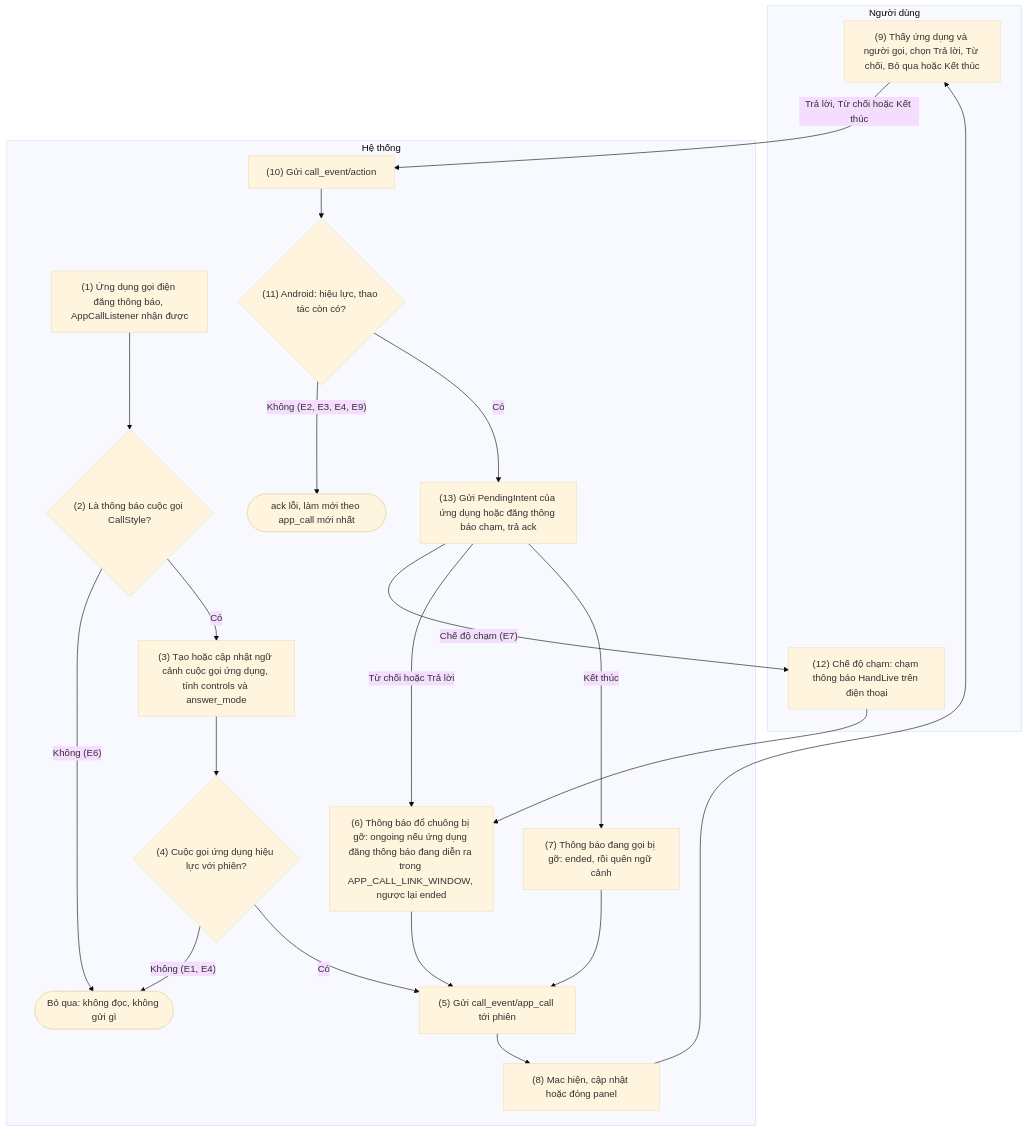
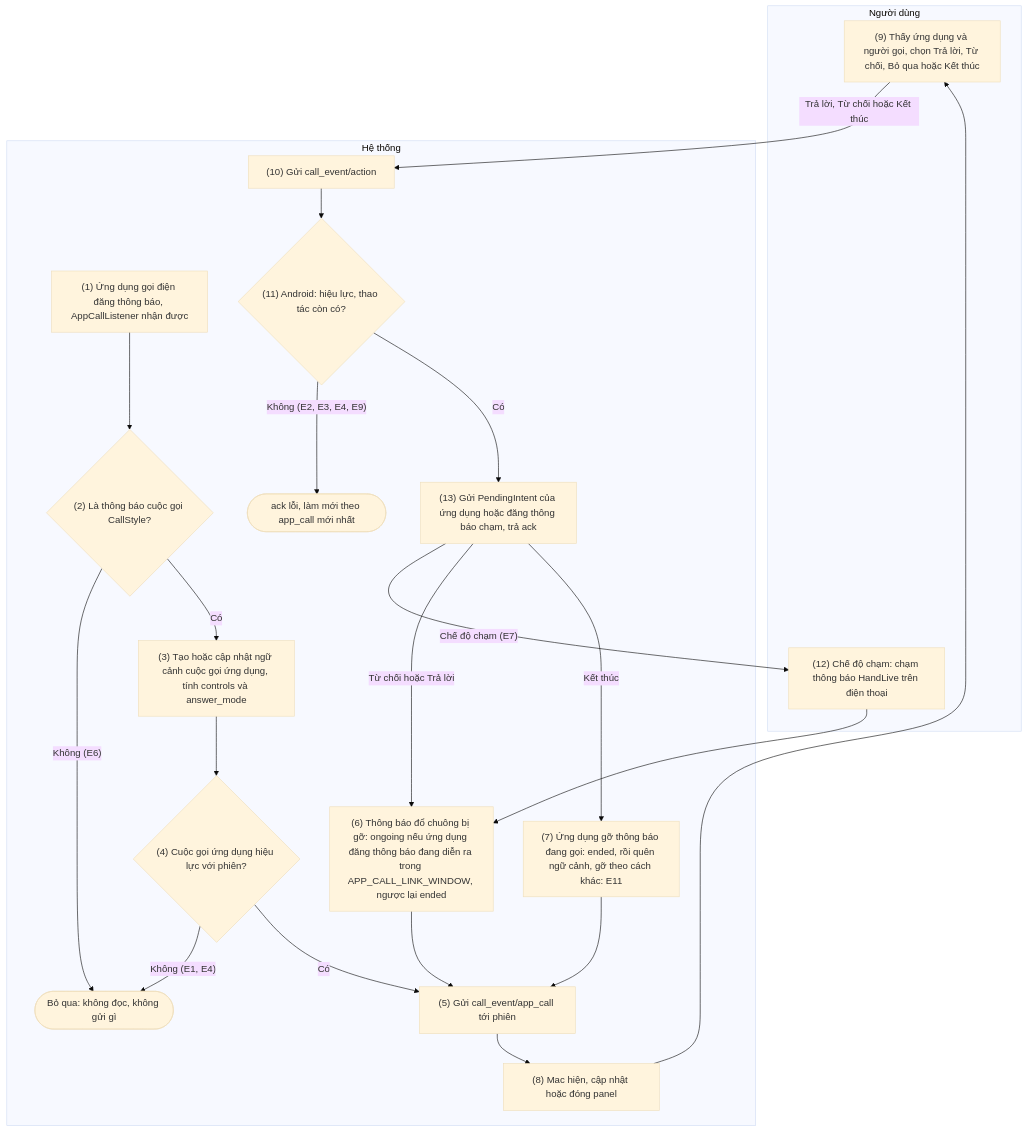
Before and after one commit to HandLive/handlive: the fifth of 5 diagrams in docs/detailed-design/06-call-control.vi.md, drawn with Mermaid (base theme). The commit also changed other lines of this file and 1 other file, not shown here.

````diff
--- a/docs/detailed-design/06-call-control.vi.md
+++ b/docs/detailed-design/06-call-control.vi.md
@@ -1473,33 +1473,33 @@
 ```mermaid
 flowchart TB
   subgraph ND["Người dùng"]
     U9["(9) Thấy ứng dụng và người gọi, chọn Trả lời, Từ chối, Bỏ qua hoặc Kết thúc"]
     U12["(12) Chế độ chạm: chạm thông báo HandLive trên điện thoại"]
   end
   subgraph HT["Hệ thống"]
     S1["(1) Ứng dụng gọi điện đăng thông báo, AppCallListener nhận được"]
     D2{"(2) Là thông báo cuộc gọi CallStyle?"}
     S3["(3) Tạo hoặc cập nhật ngữ cảnh cuộc gọi ứng dụng, tính controls và answer_mode"]
     D4{"(4) Cuộc gọi ứng dụng hiệu lực với phiên?"}
     S5["(5) Gửi call_event/app_call tới phiên"]
     S6["(6) Thông báo đổ chuông bị gỡ: ongoing nếu ứng dụng đăng thông báo đang diễn ra trong APP_CALL_LINK_WINDOW, ngược lại ended"]
-    S7["(7) Thông báo đang gọi bị gỡ: ended, rồi quên ngữ cảnh"]
+    S7["(7) Ứng dụng gỡ thông báo đang gọi: ended, rồi quên ngữ cảnh, gỡ theo cách khác: E11"]
     S8["(8) Mac hiện, cập nhật hoặc đóng panel"]
     S10["(10) Gửi call_event/action"]
     D11{"(11) Android: hiệu lực, thao tác còn có?"}
     S13["(13) Gửi PendingIntent của ứng dụng hoặc đăng thông báo chạm, trả ack"]
     X1(["Bỏ qua: không đọc, không gửi gì"])
     X2(["ack lỗi, làm mới theo app_call mới nhất"])
   end
   S1 --> D2
   D2 -- "Không (E6)" --> X1
   D2 -- "Có" --> S3 --> D4
   D4 -- "Không (E1, E4)" --> X1
   D4 -- "Có" --> S5 --> S8 --> U9
   U9 -- "Trả lời, Từ chối hoặc Kết thúc" --> S10 --> D11
   D11 -- "Không (E2, E3, E4, E9)" --> X2
   D11 -- "Có" --> S13
   S13 -- "Chế độ chạm (E7)" --> U12 --> S6
   S13 -- "Từ chối hoặc Trả lời" --> S6 --> S5
   S13 -- "Kết thúc" --> S7 --> S5
 ```
````
